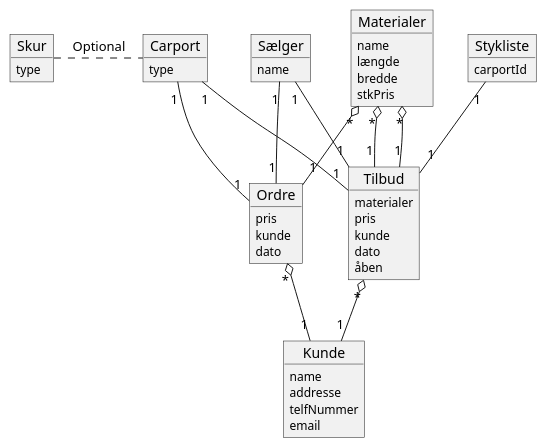
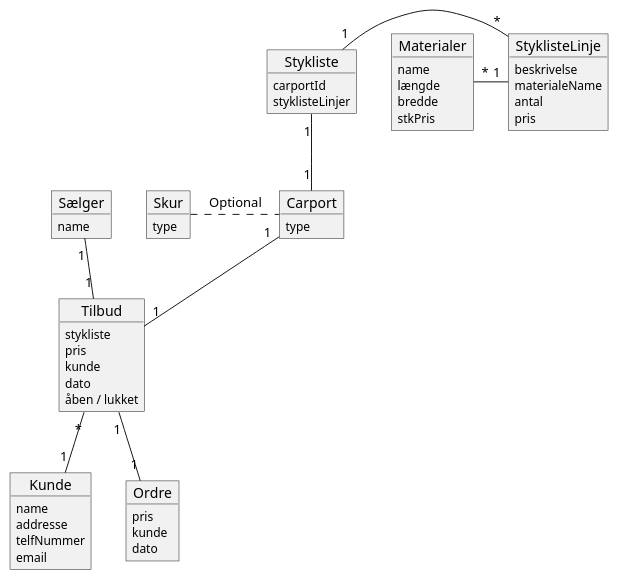
Before and after one commit to kalhauge/Fog: the diagram in src/main/Diagrammer/DomainDiagram.puml, drawn with PlantUML.

Commit message:
DomainDiagram update

```diff
--- a/src/main/Diagrammer/DomainDiagram.puml
+++ b/src/main/Diagrammer/DomainDiagram.puml
@@ -1,54 +1,61 @@
 @startuml
 
 object Kunde
 Kunde : <size:12>name
 Kunde : <size:12>addresse
 Kunde : <size:12>telfNummer
 Kunde : <size:12>email
 
 object Sælger
 Sælger : <size:12>name
 
 
 object Materialer
 Materialer : <size:12>name
 Materialer : <size:12>længde
 Materialer : <size:12>bredde
 Materialer : <size:12>stkPris
 
 object Tilbud
-Tilbud : <size:12>materialer
+Tilbud : <size:12>stykliste
 Tilbud : <size:12>pris
 Tilbud : <size:12>kunde
 Tilbud : <size:12>dato
-Tilbud : <size:12>åben
+Tilbud : <size:12>åben / lukket
 
 object Ordre
 Ordre : <size:12>pris
 Ordre : <size:12>kunde
 Ordre : <size:12>dato
 
 object Carport
 Carport : <size:12>type
 
 object Skur
 Skur : <size:12>type
 
 object Stykliste
 Stykliste : <size:12>carportId
+Stykliste : <size:12>styklisteLinjer
 
+object StyklisteLinje
+StyklisteLinje : <size:12>beskrivelse
+StyklisteLinje : <size:12>materialeName
+StyklisteLinje : <size:12>antal
+StyklisteLinje : <size:12>pris
 
-Materialer "*" o-- "1" Ordre
-Materialer "*" o-- "1" Tilbud
-Tilbud "*" o-- "1" Kunde
-Ordre"*" o-- "1" Kunde
-Materialer "*" o-- "1" Tilbud
-Stykliste "1" -- "1" Tilbud
+Stykliste "1" -- "1" Carport
+
+Stykliste "1" - "*" StyklisteLinje
+Materialer "*" - "1" StyklisteLinje
+
+Tilbud "1" -- "1" Ordre
+Tilbud "*" -- "1" Kunde
+
 Carport "1" -- "1" Tilbud
-Carport "1" -- "1" Ordre
+
 Sælger "1" -- "1" Tilbud
-Sælger "1" -- "1" Ordre
 
 
 Skur . Carport : Optional
 @enduml
```
